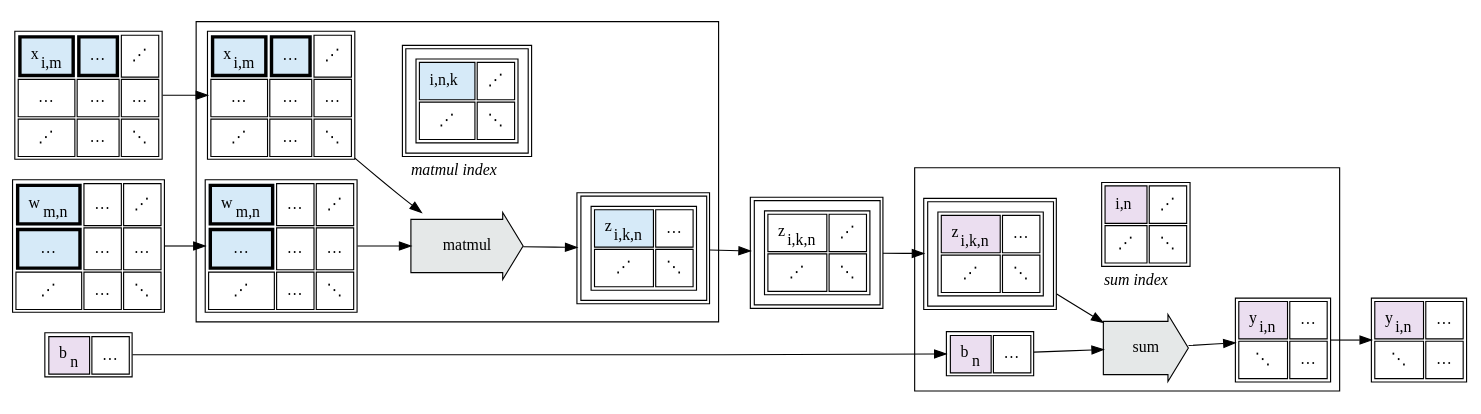
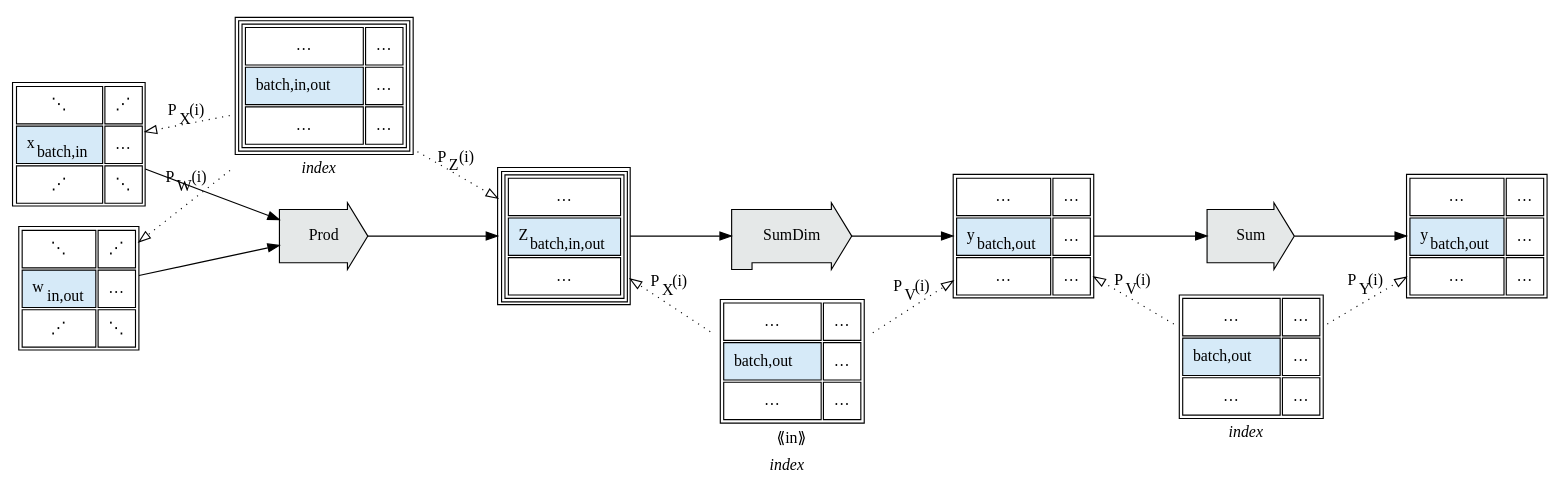
Diagram 26 of 26 in source/Tapestry/index.md (crutcher/crutcher.github.io-source), drawn with Graphviz before and after one commit. The commit also changed other lines of this file and 1 other file, not shown here.

Commit message:
sharding matmul

````diff
--- a/source/Tapestry/index.md
+++ b/source/Tapestry/index.md
@@ -2300,312 +3155,236 @@
 ```graphviz
 digraph G {
-  rankdir=LR;
+    rankdir=LR;
 
-  x [
-      shape="plain",
-      label=<
-      <table cellpadding="8">
-          <tr>
-              <td border="3" bgcolor="#D6EAF8">x<sub>i,m</sub></td>
-              <td border="3" bgcolor="#D6EAF8">…</td>
-              <td>⋰</td>
-              </tr>
-          <tr>
-              <td>…</td>
-              <td>…</td>
-              <td>…</td>
-              </tr>
-          <tr>
-          	<td>⋰</td>
-              <td>…</td>
-          	<td>⋱</td>
-              </tr>
-          </table>
-      >,
-  ];
-
-  w [
-      shape="plain",
-      label=<
-      <table cellpadding="8">
-          <tr>
-              <td border="3" bgcolor="#D6EAF8">w<sub>m,n</sub></td>
-              <td>…</td>
-              <td>⋰</td>
-              </tr>
-          <tr>
-              <td border="3" bgcolor="#D6EAF8">…</td>
-              <td>…</td>
-              <td>…</td>
-              </tr>
-          <tr>
-          	<td>⋰</td>
-              <td>…</td>
-          	<td>⋱</td>
-              </tr>
-          </table>
-      >,
-  ];
-
-  subgraph cluster_0 {
-    idx0 [
-      shape="plain",
-      label=<
-          <table border="0">
-      <tr><td>
-        <table cellpadding="8">
-          <tr><td>
-        
-        <table cellpadding="8">
-          <tr>
-            <td bgcolor="#D6EAF8">i,n,k</td>
-            <td>⋰</td>
-            </tr>
-          <tr>
-            <td>⋰</td>
-            <td>⋱</td>
-            </tr>
-          </table>
-            </td></tr>
-          </table>
-            </td></tr>
-      <tr><td><i>matmul index</i></td></tr>
-            </table>
-      >,
+    idx [
+        shape="plain",
+        label=<
+	<table border="0">
+        <tr><td>
+          <table><tr><td>
+            <table cellpadding="8">
+                <tr>
+                    <td>…</td>
+                    <td>…</td>
+                    </tr>
+                <tr>
+                    <td bgcolor="#D6EAF8" align="center">batch,in,out</td>
+                    <td>…</td>
+                    </tr>
+                <tr>
+                    <td>…</td>
+                    <td>…</td>
+                    </tr>
+                </table>
+              </td></tr></table>
+	  </td></tr>
+        <tr><td><i>index</i></td></tr>
+	  </table>
+        >,
     ];
 
-    x0 [
+    x [
         shape="plain",
         label=<
         <table cellpadding="8">
             <tr>
-                <td border="3" bgcolor="#D6EAF8">x<sub>i,m</sub></td>
-                <td border="3" bgcolor="#D6EAF8">…</td>
+                <td>⋱</td>
                 <td>⋰</td>
                 </tr>
             <tr>
-                <td>…</td>
-                <td>…</td>
+                <td bgcolor="#D6EAF8">x<sub>batch,in</sub></td>
                 <td>…</td>
                 </tr>
             <tr>
-            	<td>⋰</td>
+                <td>⋰</td>
+                <td>⋱</td>
+                </tr>
+            </table>
+        >,
+    ];
+    
+    w [
+        shape="plain",
+        label=<
+        <table cellpadding="8">
+            <tr>
+                <td>⋱</td>
+                <td>⋰</td>
+                </tr>
+            <tr>
+                <td bgcolor="#D6EAF8">w<sub>in,out</sub></td>
                 <td>…</td>
-            	<td>⋱</td>
+                </tr>
+            <tr>
+                <td>⋰</td>
+                <td>⋱</td>
                 </tr>
             </table>
         >,
     ];
 
-    w0 [
-        shape="plain",
-        label=<
-        <table cellpadding="8">
-            <tr>
-                <td border="3" bgcolor="#D6EAF8">w<sub>m,n</sub></td>
-                <td>…</td>
-                <td>⋰</td>
-                </tr>
-            <tr>
-                <td border="3" bgcolor="#D6EAF8">…</td>
-                <td>…</td>
-                <td>…</td>
-                </tr>
-            <tr>
-            	<td>⋰</td>
-                <td>…</td>
-            	<td>⋱</td>
-                </tr>
-            </table>
-        >,
-    ];
-
-    op0 [
-        label=matmul,
+    Prod [
+        label=Prod,
         shape=rarrow,
         style=filled,
         fillcolor="#E5E8E8",
         margin=0.3
     ];
 
-    z0 [
-      shape="plain",
-      label=<
-      <table cellpadding="8">
-        <tr><td>
-
-      <table cellpadding="8">
-        <tr>
-          <td bgcolor="#D6EAF8">z<sub>i,k,n</sub></td>
-          <td>…</td>
-          </tr>
-        <tr>
-          <td>⋰</td>
-          <td>⋱</td>
-          </tr>
-        </table>
-
-	  </td></tr>
-        </table>
-      >,
+    z [
+        shape="plain",
+        label=<
+        <table><tr><td>
+        <table cellpadding="8">
+            <tr>
+                <td>…</td>
+                </tr>
+            <tr>
+                <td bgcolor="#D6EAF8">Z<sub>batch,in,out</sub></td>
+                </tr>
+            <tr>
+                <td>…</td>
+                </tr>
+            </table>
+            </td></tr></table>
+        >,
     ];
 
-    x0 -> op0;
-    w0 -> op0;
-    op0 -> z0;
+    x -> Prod;
+    w -> Prod;
+    Prod -> z;
 
-    { rank=same; idx0; op0; }
-  }
+    idx -> x [label=<P<sub>X</sub>(i)>, constraint=false, style=dotted, arrowhead=empty];
+    idx -> w [label=<P<sub>W</sub>(i)>, constraint=false, style=dotted, arrowhead=empty];
+    idx -> z [label=<P<sub>Z</sub>(i)>, constraint=false, style=dotted, arrowhead=empty];
 
-  x -> x0;
-  z0 -> z;
-
-  z [
-    shape="plain",
-    label=<
-      <table cellpadding="8">
-        <tr><td>
-      
-      <table cellpadding="8">
-        <tr>
-          <td>z<sub>i,k,n</sub></td>
-          <td>⋰</td>
-          </tr>
-        <tr>
-          <td>⋰</td>
-          <td>⋱</td>
-          </tr>
-        </table>
-
+    { rank=same; Prod; idx; }
+    
+    idx2 [
+        shape="plain",
+        label=<
+	<table border="0">
+        <tr><td align="center">
+	      <table border="0">
+            <tr><td align="center">
+              <table cellpadding="8">
+                  <tr>
+                      <td>…</td>
+                      <td>…</td>
+                      </tr>
+                  <tr>
+                      <td bgcolor="#D6EAF8" align="center">batch,out</td>
+                      <td>…</td>
+                      </tr>
+                  <tr>
+                      <td>…</td>
+                      <td>…</td>
+                      </tr>
+                  </table>
+              </td></tr>
+              <tr><td align="center">⟪in⟫</td></tr>
+              </table>
 	  </td></tr>
-        </table>
-    >,
-  ];
-
-  w -> w0;
-
-  subgraph cluster_1 {
-    idx1 [
-      shape="plain",
-      label=<
-          <table border="0">
-      <tr><td>
-        <table cellpadding="8">
-          <tr>
-            <td bgcolor="#EBDEF0">i,n</td>
-            <td>⋰</td>
-            </tr>
-          <tr>
-            <td>⋰</td>
-            <td>⋱</td>
-            </tr>
-          </table>
-            </td></tr>
-      <tr><td><i>sum index</i></td></tr>
-            </table>
-      >,
+        <tr><td><i>index</i></td></tr>
+	  </table>
+        >,
+    ];
+    
+    SumDim [
+        label=SumDim,
+        shape=rpromoter,
+        style=filled,
+        fillcolor="#E5E8E8",
+        margin=0.3
     ];
 
-    z1 [
-      shape="plain",
-      label=<
-      <table cellpadding="8">
-        <tr><td>
-
-      <table cellpadding="8">
-        <tr>
-          <td bgcolor="#EBDEF0">z<sub>i,k,n</sub></td>
-          <td>…</td>
-          </tr>
-        <tr>
-          <td>⋰</td>
-          <td>⋱</td>
-          </tr>
-        </table>
-
-	  </td></tr>
-        </table>
-      >,
+    v [
+        shape="plain",
+        label=<
+        <table cellpadding="8">
+            <tr>
+                <td>…</td>
+                <td>…</td>
+                </tr>
+            <tr>
+                <td bgcolor="#D6EAF8">y<sub>batch,out</sub></td>
+                <td>…</td>
+                </tr>
+            <tr>
+                <td>…</td>
+                <td>…</td>
+                </tr>
+            </table>
+        >,
     ];
 
-    op1 [
-        label=sum,
+    z -> SumDim;
+    SumDim -> v;
+
+    idx2 -> z [label=<P<sub>X</sub>(i)>, constraint=false, style=dotted, arrowhead=empty];
+    idx2 -> v [label=<P<sub>V</sub>(i)>, constraint=false, style=dotted, arrowhead=empty];
+
+    { rank=same; SumDim; idx2; }
+
+    idx3 [
+        shape="plain",
+        label=<
+	<table border="0">
+        <tr><td>
+            <table cellpadding="8">
+                <tr>
+                    <td>…</td>
+                    <td>…</td>
+                    </tr>
+                <tr>
+                    <td bgcolor="#D6EAF8" align="center">batch,out</td>
+                    <td>…</td>
+                    </tr>
+                <tr>
+                    <td>…</td>
+                    <td>…</td>
+                    </tr>
+                </table>
+	  </td></tr>
+        <tr><td><i>index</i></td></tr>
+	  </table>
+        >,
+    ];
+    
+    Sum [
+        label=Sum,
         shape=rarrow,
         style=filled,
         fillcolor="#E5E8E8",
         margin=0.3
     ];
-
-    y1 [
-      shape="plain",
-      label=<
-      <table cellpadding="8">
-        <tr>
-          <td bgcolor="#EBDEF0">y<sub>i,n</sub></td>
-          <td>…</td>
-          </tr>
-        <tr>
-          <td>⋱</td>
-          <td>…</td>
-          </tr>
-        </table>
-      >,
+    
+    y [
+        shape="plain",
+        label=<
+        <table cellpadding="8">
+            <tr>
+                <td>…</td>
+                <td>…</td>
+                </tr>
+            <tr>
+                <td bgcolor="#D6EAF8">y<sub>batch,out</sub></td>
+                <td>…</td>
+                </tr>
+            <tr>
+                <td>…</td>
+                <td>…</td>
+                </tr>
+            </table>
+        >,
     ];
-
-    b1 [
-      shape="plain",
-      label=<
-      <table cellpadding="8">
-        <tr>
-          <td bgcolor="#EBDEF0">b<sub>n</sub></td>
-          <td>…</td>
-          </tr>
-        </table>
-      >,
-    ];
-
-    z1 -> op1;
-    b1 -> op1;
-    op1 -> y1;
-
-    { rank=same; idx1; op1; }
-  }
-
-  z -> z1;
-
-  b [
-    shape="plain",
-    label=<
-    <table cellpadding="8">
-      <tr>
-        <td bgcolor="#EBDEF0">b<sub>n</sub></td>
-        <td>…</td>
-        </tr>
-      </table>
-    >,
-  ];
-
-  b -> b1;
-
-  y [
-    shape="plain",
-    label=<
-    <table cellpadding="8">
-      <tr>
-        <td bgcolor="#EBDEF0">y<sub>i,n</sub></td>
-        <td>…</td>
-        </tr>
-      <tr>
-        <td>⋱</td>
-        <td>…</td>
-        </tr>
-      </table>
-    >,
-  ];
-
-  y1 -> y;
-
-  { rank=same; x; w; b; }
-
+    
+    v -> Sum;
+    Sum -> y;
+    
+    idx3 -> v [label=<P<sub>V</sub>(i)>, constraint=false, style=dotted, arrowhead=empty];
+    idx3 -> y [label=<P<sub>Y</sub>(i)>, constraint=false, style=dotted, arrowhead=empty];
+    
+    { rank=same; Sum; idx3; }
 }
 ```
````
